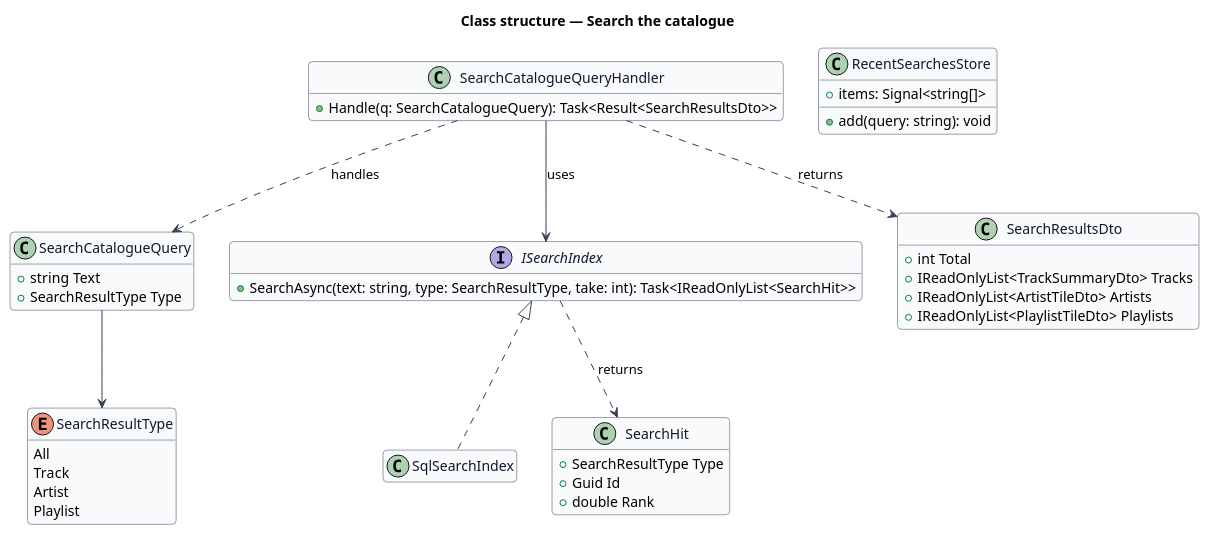
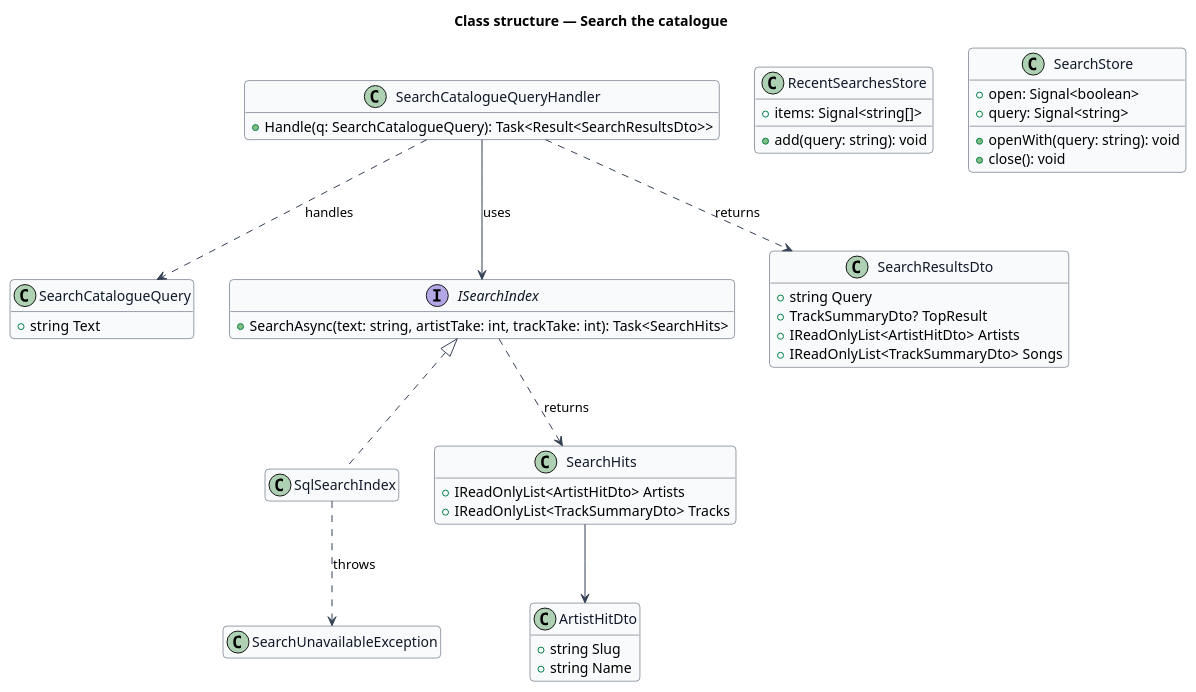
One commit to QuinntyneBrown/hummi changed the diagram in docs/detailed-designs/search/search-catalogue/diagrams/class-structure.puml. Above: the diagram before and after it, drawn with PlantUML. The commit also changed 122 other files, not shown here.

First line of the commit message:
Search the catalogue: header search overlay over songs and artists

```diff
--- a/docs/detailed-designs/search/search-catalogue/diagrams/class-structure.puml
+++ b/docs/detailed-designs/search/search-catalogue/diagrams/class-structure.puml
@@ -1,53 +1,57 @@
 @startuml
 skinparam backgroundColor #FFFFFF
 skinparam shadowing false
 skinparam roundcorner 8
 skinparam defaultFontName Arial
 skinparam ArrowColor #344054
 skinparam class {
   BorderColor #344054
   FontColor #101828
   BackgroundColor #F9FAFB
 }
 hide empty members
 title Class structure — Search the catalogue
 
-enum SearchResultType {
-  All
-  Track
-  Artist
-  Playlist
-}
 class SearchCatalogueQuery {
   +string Text
-  +SearchResultType Type
 }
 class SearchCatalogueQueryHandler {
   +Handle(q: SearchCatalogueQuery): Task<Result<SearchResultsDto>>
 }
 interface ISearchIndex {
-  +SearchAsync(text: string, type: SearchResultType, take: int): Task<IReadOnlyList<SearchHit>>
+  +SearchAsync(text: string, artistTake: int, trackTake: int): Task<SearchHits>
 }
 class SqlSearchIndex
-class SearchHit {
-  +SearchResultType Type
-  +Guid Id
-  +double Rank
+class SearchUnavailableException
+class SearchHits {
+  +IReadOnlyList<ArtistHitDto> Artists
+  +IReadOnlyList<TrackSummaryDto> Tracks
+}
+class ArtistHitDto {
+  +string Slug
+  +string Name
 }
 class SearchResultsDto {
-  +int Total
-  +IReadOnlyList<TrackSummaryDto> Tracks
-  +IReadOnlyList<ArtistTileDto> Artists
-  +IReadOnlyList<PlaylistTileDto> Playlists
+  +string Query
+  +TrackSummaryDto? TopResult
+  +IReadOnlyList<ArtistHitDto> Artists
+  +IReadOnlyList<TrackSummaryDto> Songs
 }
 class RecentSearchesStore {
   +items: Signal<string[]>
   +add(query: string): void
 }
-SearchCatalogueQuery --> SearchResultType
+class SearchStore {
+  +open: Signal<boolean>
+  +query: Signal<string>
+  +openWith(query: string): void
+  +close(): void
+}
 SearchCatalogueQueryHandler ..> SearchCatalogueQuery : handles
 SearchCatalogueQueryHandler --> ISearchIndex : uses
 ISearchIndex <|.. SqlSearchIndex
-ISearchIndex ..> SearchHit : returns
+ISearchIndex ..> SearchHits : returns
+SqlSearchIndex ..> SearchUnavailableException : throws
+SearchHits --> ArtistHitDto
 SearchCatalogueQueryHandler ..> SearchResultsDto : returns
 @enduml
```
